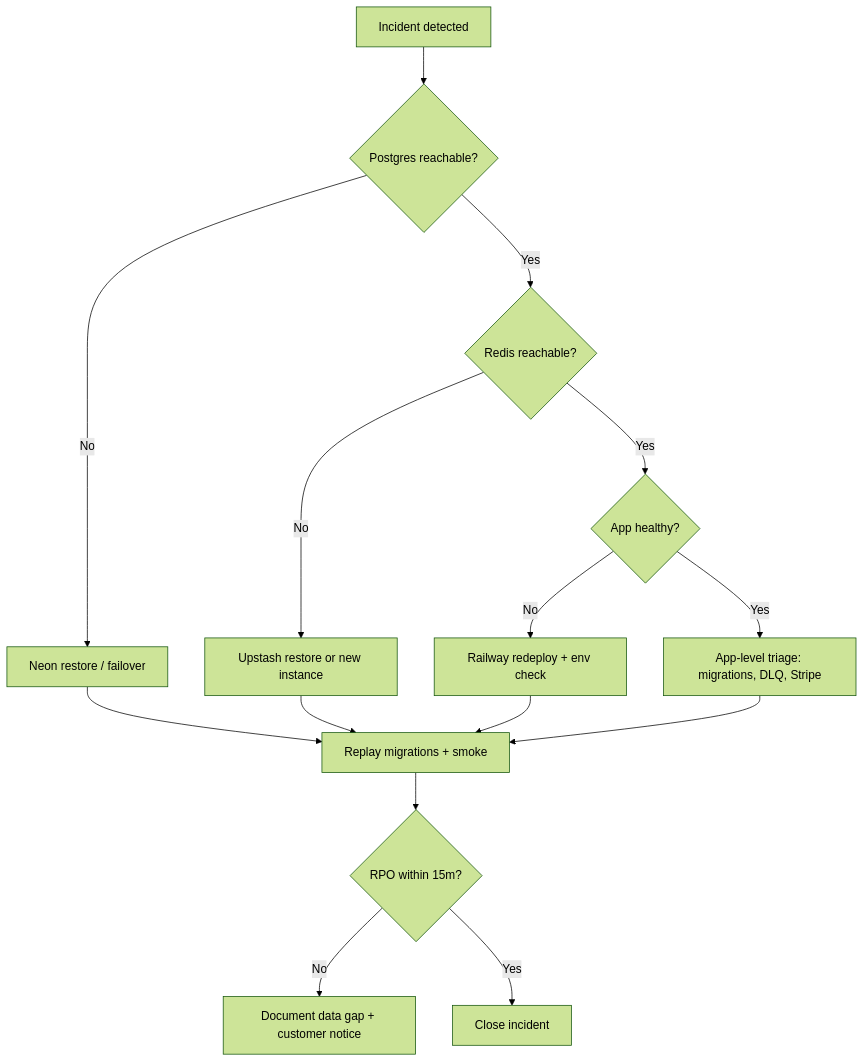
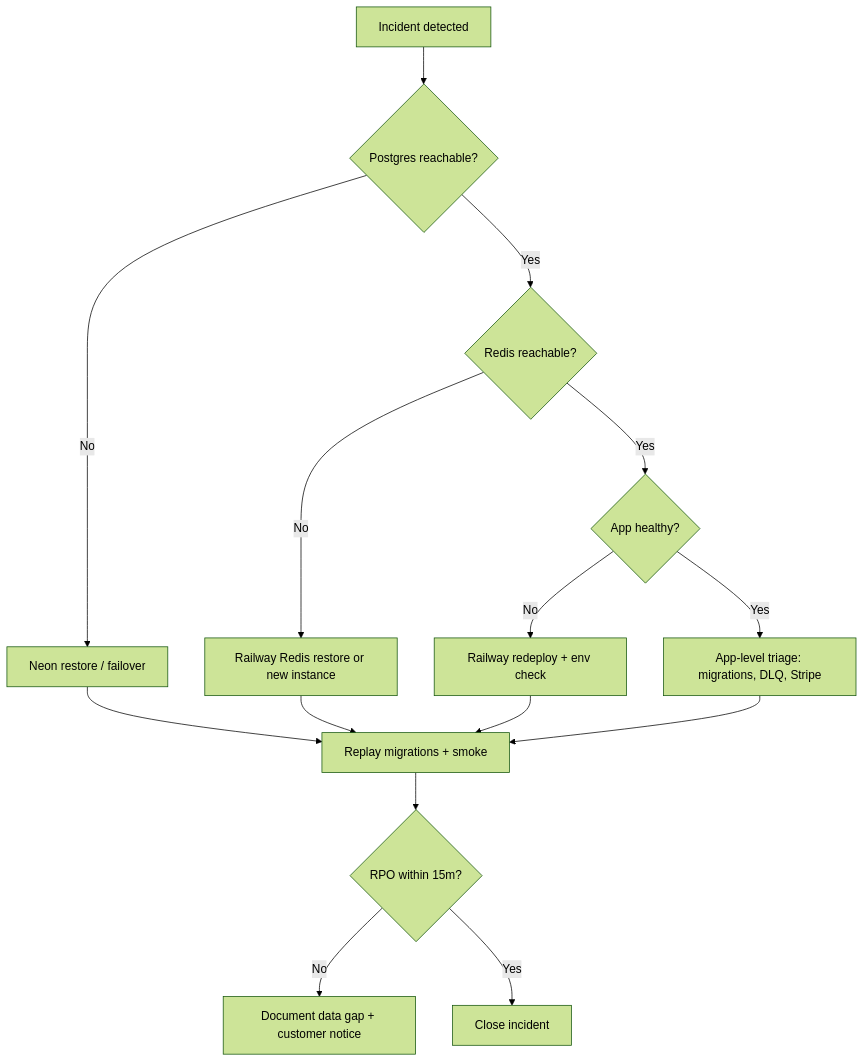
One commit to nikunjmavani/core-be changed the diagram in docs/process/dr-runbook.md. Above: the diagram before and after it, drawn with Mermaid (forest theme). The commit also changed other lines of this file and 1478 other files, not shown here.

````diff
--- a/docs/process/dr-runbook.md
+++ b/docs/process/dr-runbook.md
@@ -34,17 +34,17 @@
 ```mermaid
 flowchart TD
   A[Incident detected] --> B{Postgres reachable?}
   B -->|No| C[Neon restore / failover]
   B -->|Yes| D{Redis reachable?}
-  D -->|No| E[Upstash restore or new instance]
+  D -->|No| E[Railway Redis restore or new instance]
   D -->|Yes| F{App healthy?}
   F -->|No| G[Railway redeploy + env check]
   F -->|Yes| H[App-level triage: migrations, DLQ, Stripe]
   C --> I[Replay migrations + smoke]
   E --> I
   G --> I
   H --> I
   I --> J{RPO within 15m?}
   J -->|No| K[Document data gap + customer notice]
   J -->|Yes| L[Close incident]
 ```
````
